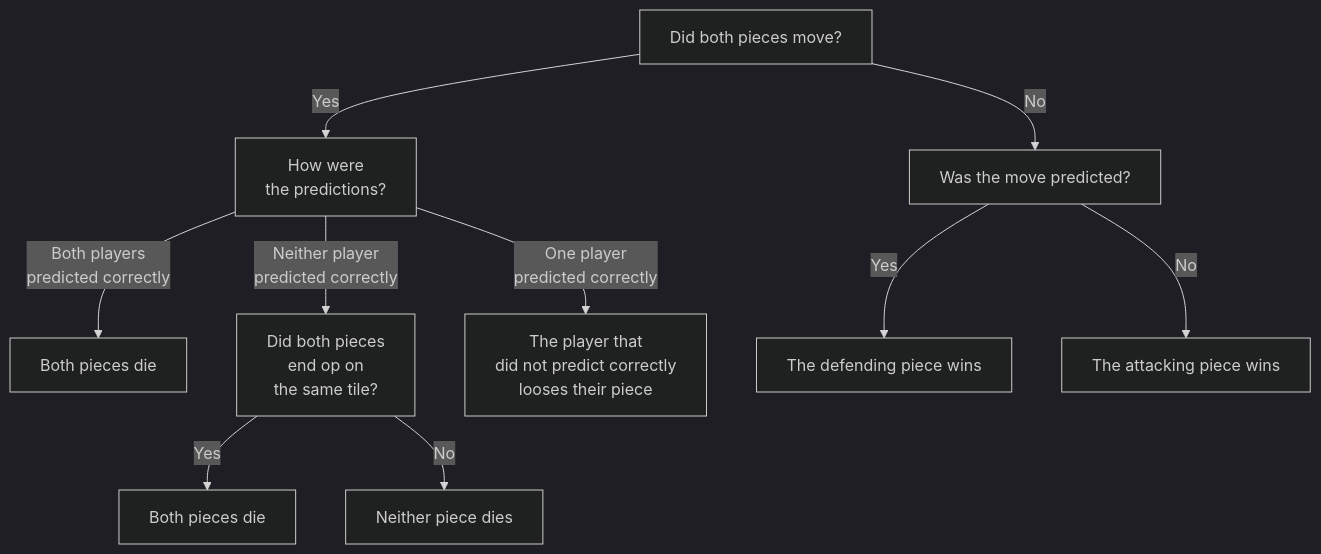
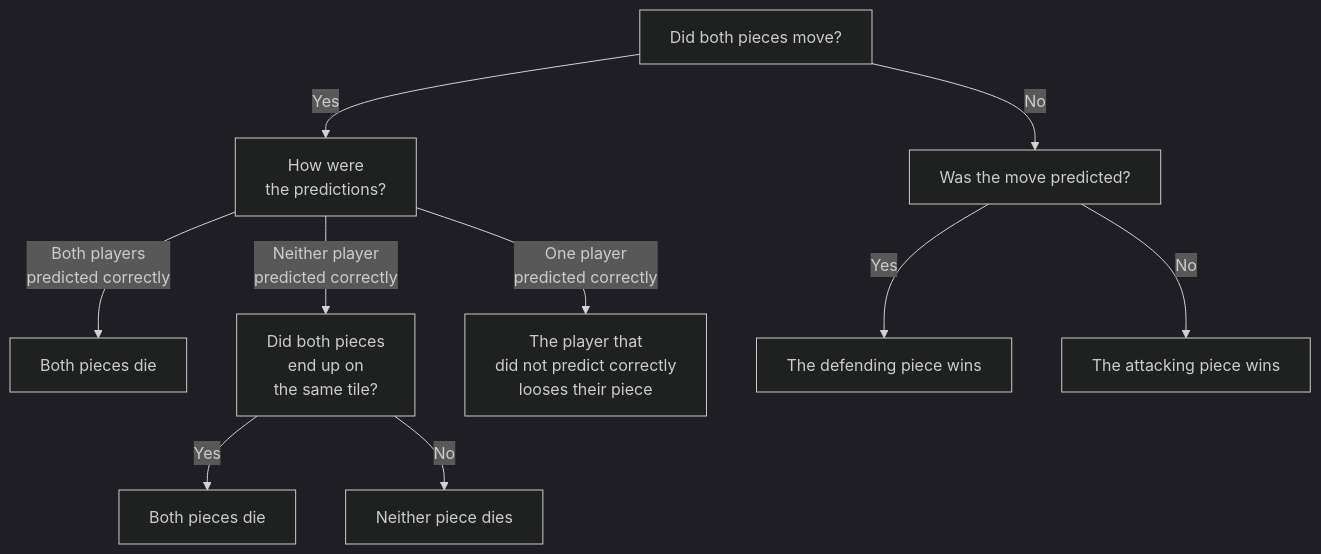
One commit to TheOddler/prediction-chess-physical changed the diagram in README.md. Above: the diagram before and after it, drawn with Mermaid (dark theme). The commit also changed other lines of this file and 17 other files, not shown here.

````diff
--- a/README.md
+++ b/README.md
@@ -78,22 +61,22 @@
 ```mermaid
 graph TD
     MovementQuestion[Did both pieces move?] -- Yes --> BothMoved
     MovementQuestion -- No --> OneMoved
 
     BothMoved[How were<br/>the predictions?] -- Both players<br/>predicted correctly --> BothPredicted
     BothMoved -- Neither player<br/>predicted correctly --> NeitherPredicted
     BothMoved -- One player<br/>predicted correctly --> OnePredicted
     BothPredicted[Both pieces die]
-    NeitherPredicted[Did both pieces<br/>end op on<br/>the same tile?]
+    NeitherPredicted[Did both pieces<br/>end up on<br/>the same tile?]
     OnePredicted[The player that<br/>did not predict correctly<br/>looses their piece]
 
     NeitherPredicted -- Yes --> Together
     NeitherPredicted -- No --> Swapped
     Together[Both pieces die]
     Swapped[Neither piece dies]
 
     OneMoved[Was the move predicted?] -- Yes --> CorrectlyPredicted
     OneMoved -- No --> NotPredicted
     CorrectlyPredicted[The defending piece wins]
     NotPredicted[The attacking piece wins]
 ```
````
